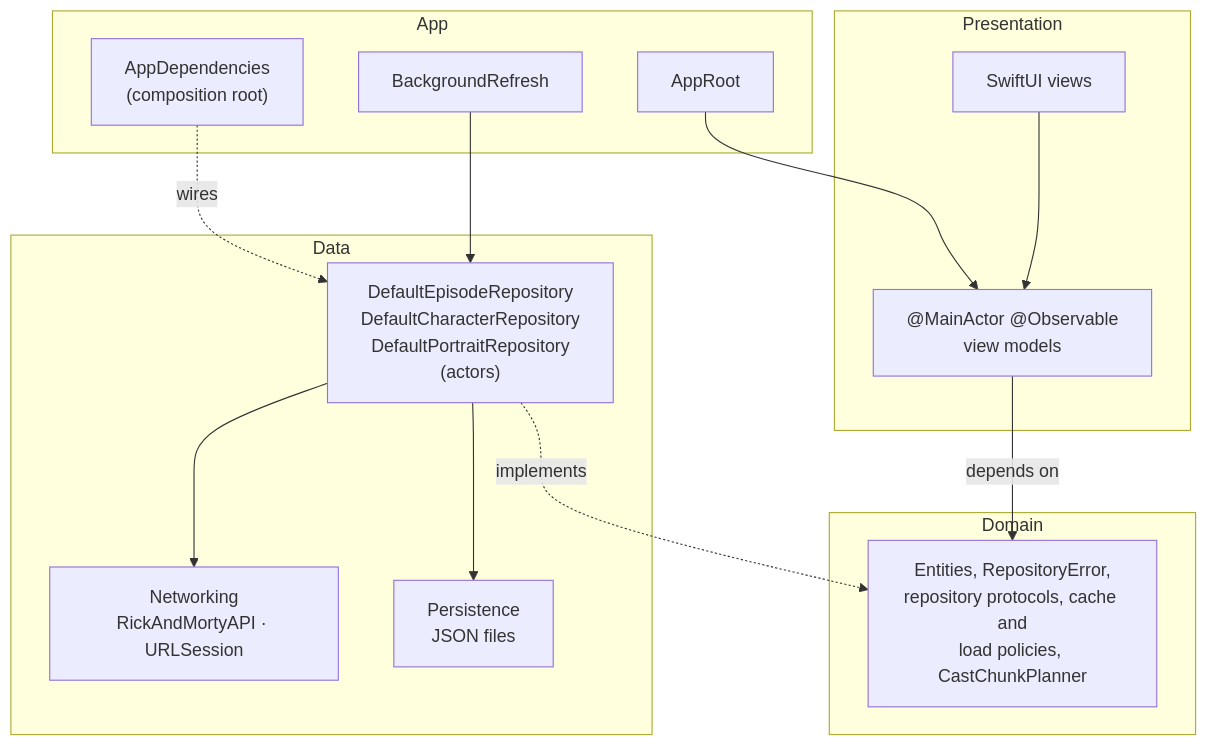
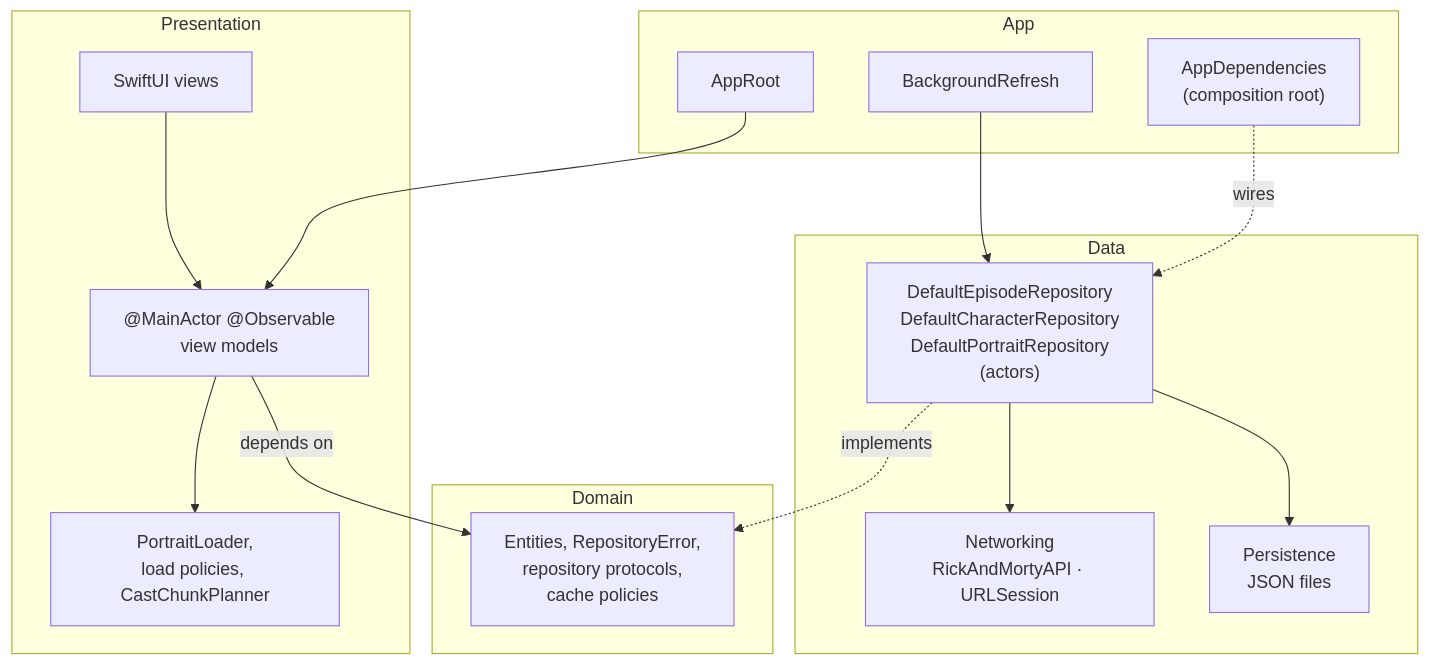
One commit to felixinjapan/rick-and-morty-episodes changed the first of 4 diagrams in docs/architecture.md. Above: the diagram before and after it, drawn with Mermaid. The commit also changed other lines of this file and 17 other files, not shown here.

````diff
--- a/docs/architecture.md
+++ b/docs/architecture.md
@@ -5,27 +5,28 @@
 ```mermaid
 flowchart TD
     subgraph App
         Deps["AppDependencies<br/>(composition root)"]
         Root[AppRoot]
         BG[BackgroundRefresh]
     end
     subgraph Presentation
         Views[SwiftUI views] --> VM["@MainActor @Observable<br/>view models"]
+        VM --> Loading["PortraitLoader,<br/>load policies, CastChunkPlanner"]
     end
     subgraph Domain
-        Proto["Entities, RepositoryError,<br/>repository protocols, cache and<br/>load policies, CastChunkPlanner"]
+        Proto["Entities, RepositoryError,<br/>repository protocols,<br/>cache policies"]
     end
     subgraph Data
         Repos["DefaultEpisodeRepository<br/>DefaultCharacterRepository<br/>DefaultPortraitRepository<br/>(actors)"]
         Net["Networking<br/>RickAndMortyAPI · URLSession"]
         Store["Persistence<br/>JSON files"]
     end
 
     Root --> VM
     VM -->|depends on| Proto
     Repos -.->|implements| Proto
     Repos --> Net
     Repos --> Store
     BG --> Repos
     Deps -.->|wires| Repos
 ```
````
